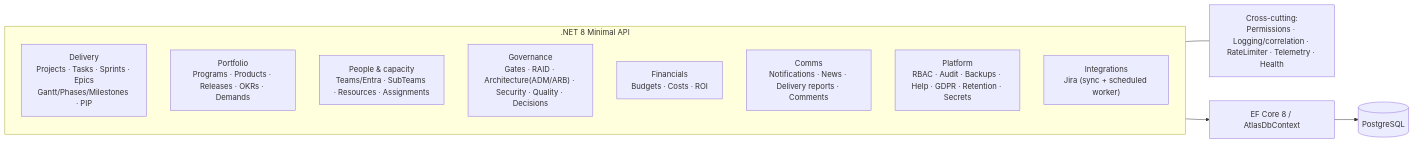
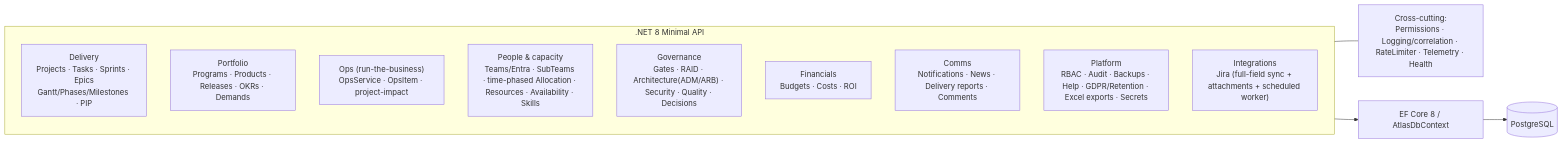
One commit to nicpozent/ATLASPPM_AdditionalFeatures changed the third of 7 diagrams in docs/architecture/hld.md. Above: the diagram before and after it, drawn with Mermaid. The commit also changed 10 other files, not shown here.

First line of the commit message:
Docs: catch up architecture (ADRs, HLD/LLD, ABBs/SBBs) + in-app Help (#149)

````diff
--- a/docs/architecture/hld.md
+++ b/docs/architecture/hld.md
@@ -101,17 +101,18 @@
 ```mermaid
 flowchart LR
   subgraph API[".NET 8 Minimal API"]
     direction TB
     delivery["Delivery\nProjects · Tasks · Sprints · Epics\nGantt/Phases/Milestones · PIP"]
     portfolio["Portfolio\nPrograms · Products · Releases · OKRs · Demands"]
-    people["People & capacity\nTeams/Entra · SubTeams · Resources · Assignments"]
+    ops["Ops (run-the-business)\nOpsService · OpsItem · project-impact"]
+    people["People & capacity\nTeams/Entra · SubTeams · time-phased Allocation · Resources · Availability · Skills"]
     govern["Governance\nGates · RAID · Architecture(ADM/ARB) · Security · Quality · Decisions"]
     finance["Financials\nBudgets · Costs · ROI"]
     comms["Comms\nNotifications · News · Delivery reports · Comments"]
-    platform["Platform\nRBAC · Audit · Backups · Help · GDPR · Retention · Secrets"]
-    integr["Integrations\nJira (sync + scheduled worker)"]
+    platform["Platform\nRBAC · Audit · Backups · Help · GDPR/Retention · Excel exports · Secrets"]
+    integr["Integrations\nJira (full-field sync + attachments + scheduled worker)"]
   end
   xcut["Cross-cutting:\nPermissions · Logging/correlation · RateLimiter · Telemetry · Health"]
   API --- xcut
   API --> EF["EF Core 8 / AtlasDbContext"] --> PG[("PostgreSQL")]
 ```
````
